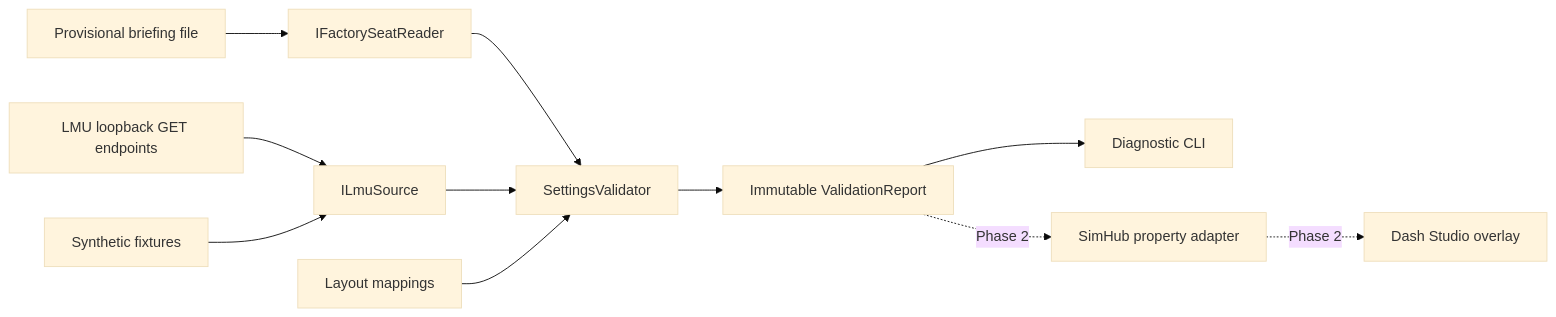
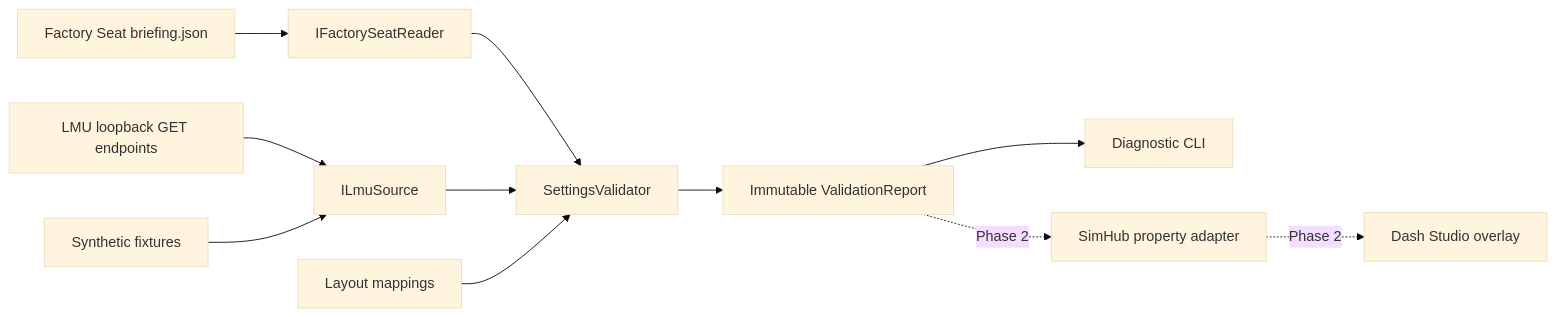
One commit to Milky28/factory-seat-companion changed the diagram in docs/architecture.md. Above: the diagram before and after it, drawn with Mermaid (base theme). The commit also changed other lines of this file and 15 other files, not shown here.

First line of the commit message:
Read Factory Seat's real briefing.json format

````diff
--- a/docs/architecture.md
+++ b/docs/architecture.md
@@ -14,13 +14,13 @@
 ```mermaid
 flowchart LR
-    B[Provisional briefing file] --> R[IFactorySeatReader]
+    B[Factory Seat briefing.json] --> R[IFactorySeatReader]
     G[LMU loopback GET endpoints] --> A[ILmuSource]
     F[Synthetic fixtures] --> A
     R --> V[SettingsValidator]
     A --> V
     M[Layout mappings] --> V
     V --> D[Immutable ValidationReport]
     D --> C[Diagnostic CLI]
     D -. Phase 2 .-> S[SimHub property adapter]
     S -. Phase 2 .-> O[Dash Studio overlay]
 ```
````
